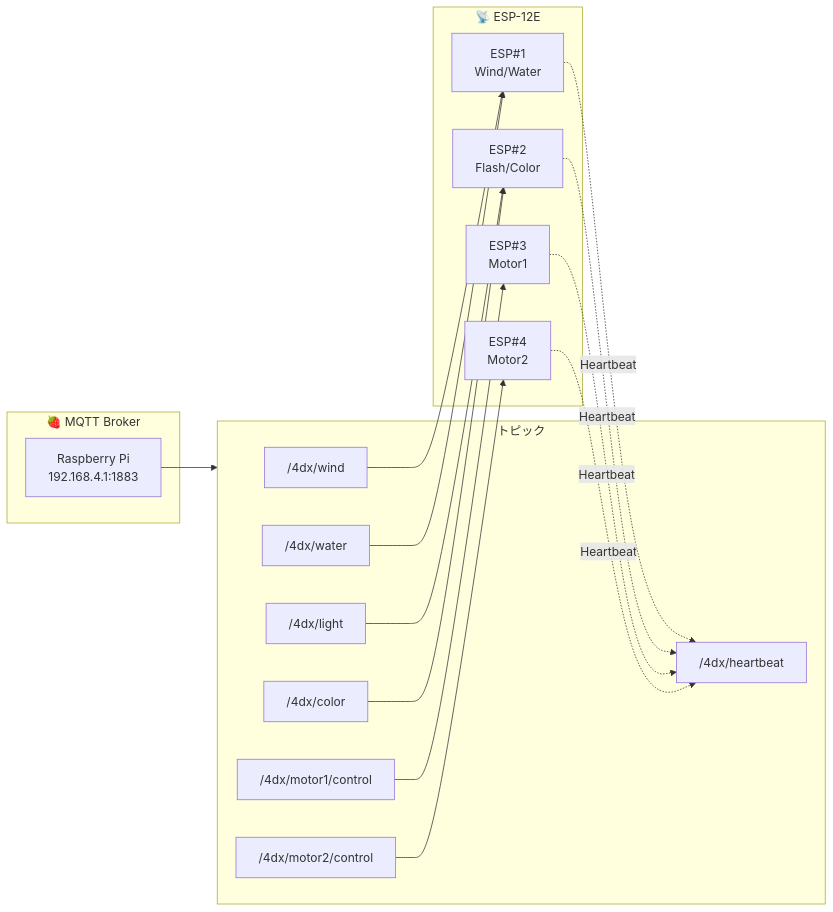
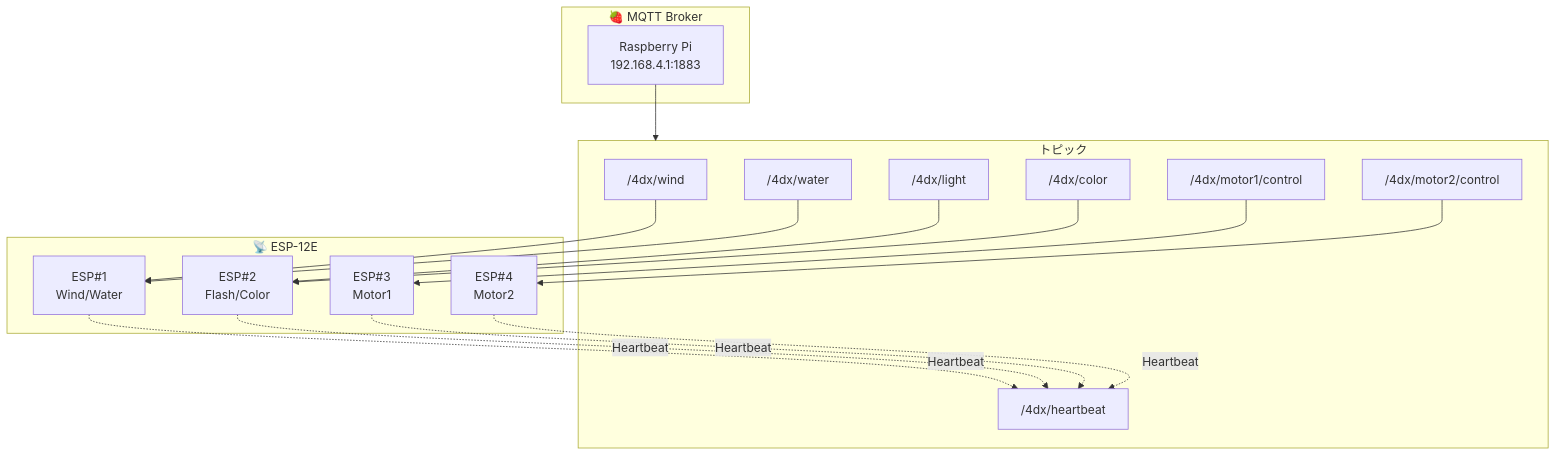
The fifth of 8 diagrams in docs/hardware-specification-awardday.md (jphacks/kz_2504), drawn with Mermaid before and after one commit.

Commit message:
見づらい図を改良

````diff
--- a/docs/hardware-specification-awardday.md
+++ b/docs/hardware-specification-awardday.md
@@ -516,32 +516,32 @@
 ```mermaid
-flowchart LR
+flowchart TD
     subgraph Broker["🍓 MQTT Broker"]
         PI[Raspberry Pi<br/>192.168.4.1:1883]
     end
     
     subgraph Topics["トピック"]
         T1["/4dx/wind"]
         T2["/4dx/water"]
         T3["/4dx/light"]
         T4["/4dx/color"]
         T5["/4dx/motor1/control"]
         T6["/4dx/motor2/control"]
         T7["/4dx/heartbeat"]
     end
     
     subgraph ESP["📡 ESP-12E"]
         E1[ESP#1<br/>Wind/Water]
         E2[ESP#2<br/>Flash/Color]
         E3[ESP#3<br/>Motor1]
         E4[ESP#4<br/>Motor2]
     end
     
     PI --> Topics
     T1 --> E1
     T2 --> E1
     T3 --> E2
     T4 --> E2
     T5 --> E3
     T6 --> E4
     E1 & E2 & E3 & E4 -.->|Heartbeat| T7
 ```
````
